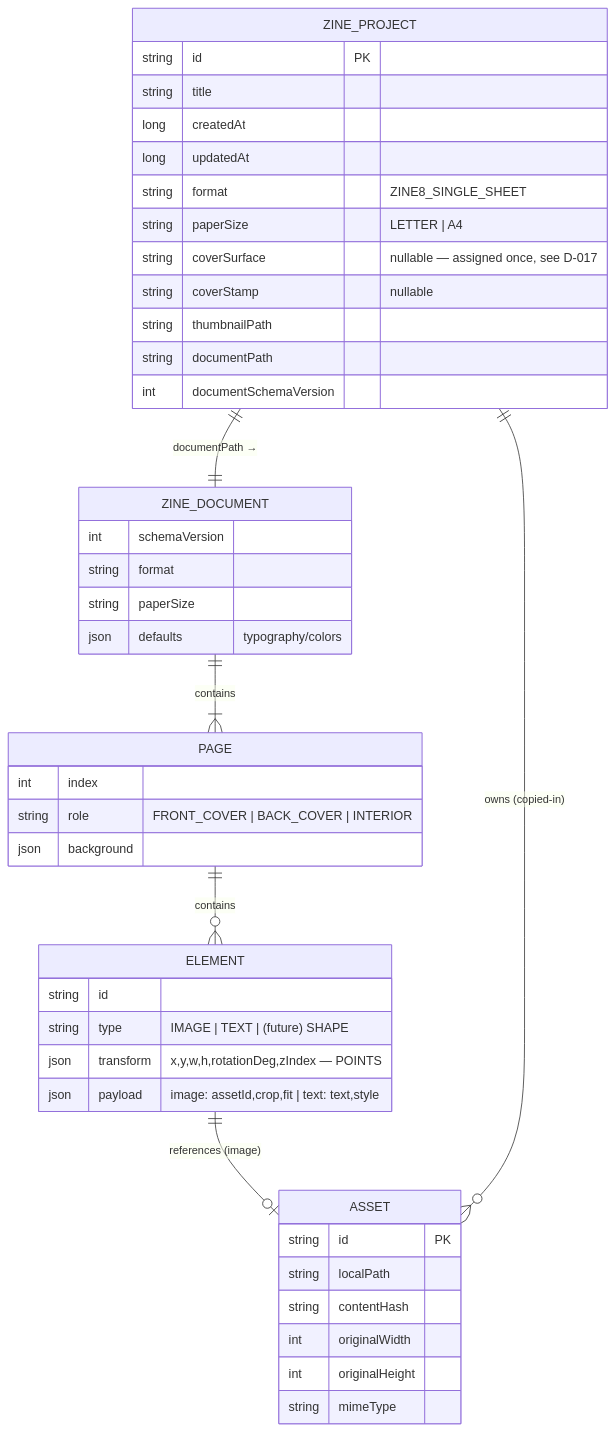
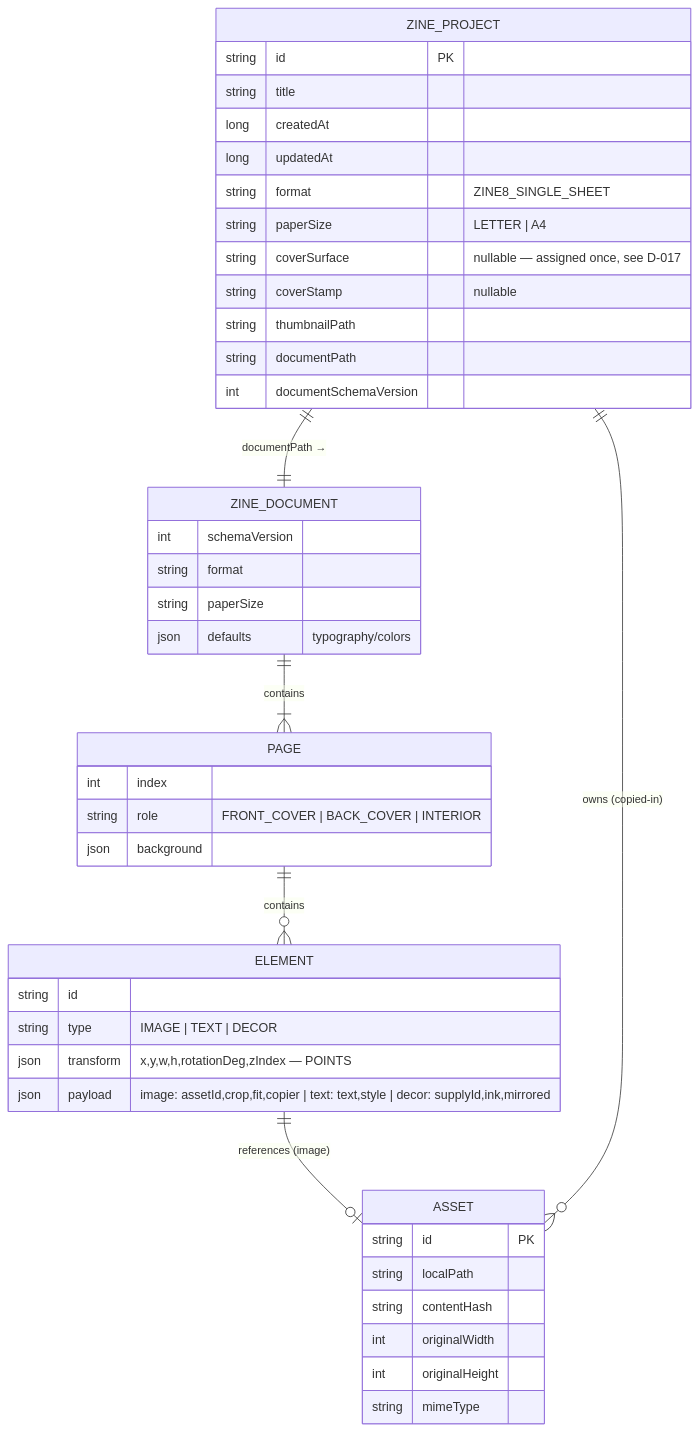
Before and after one commit to aritr-codes/zinely-android: the third of 10 diagrams in docs/ARCHITECTURE.md, drawn with Mermaid. The commit also changed other lines of this file and 76 other files, not shown here.

````diff
--- a/docs/ARCHITECTURE.md
+++ b/docs/ARCHITECTURE.md
@@ -229,47 +229,47 @@
 ```mermaid
 erDiagram
     ZINE_PROJECT ||--|| ZINE_DOCUMENT : "documentPath →"
     ZINE_DOCUMENT ||--|{ PAGE : contains
     PAGE ||--o{ ELEMENT : contains
     ELEMENT ||--o| ASSET : "references (image)"
     ZINE_PROJECT ||--o{ ASSET : "owns (copied-in)"
 
     ZINE_PROJECT {
         string id PK
         string title
         long   createdAt
         long   updatedAt
         string format "ZINE8_SINGLE_SHEET"
         string paperSize "LETTER | A4"
         string coverSurface "nullable — assigned once, see D-017"
         string coverStamp "nullable"
         string thumbnailPath
         string documentPath
         int    documentSchemaVersion
     }
     ZINE_DOCUMENT {
         int    schemaVersion
         string format
         string paperSize
         json   defaults "typography/colors"
     }
     PAGE {
         int    index
         string role "FRONT_COVER | BACK_COVER | INTERIOR"
         json   background
     }
     ELEMENT {
         string id
-        string type "IMAGE | TEXT | (future) SHAPE"
+        string type "IMAGE | TEXT | DECOR"
         json   transform "x,y,w,h,rotationDeg,zIndex — POINTS"
-        json   payload "image: assetId,crop,fit | text: text,style"
+        json   payload "image: assetId,crop,fit,copier | text: text,style | decor: supplyId,ink,mirrored"
     }
     ASSET {
         string id PK
         string localPath
         string contentHash
         int    originalWidth
         int    originalHeight
         string mimeType
     }
 ```
````
